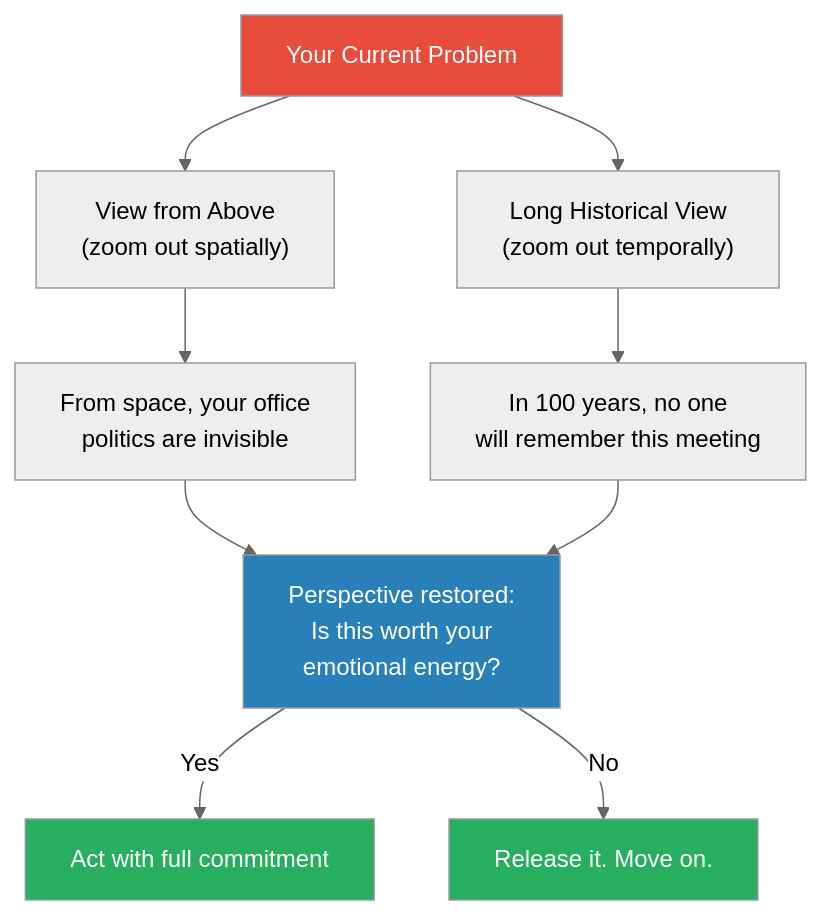
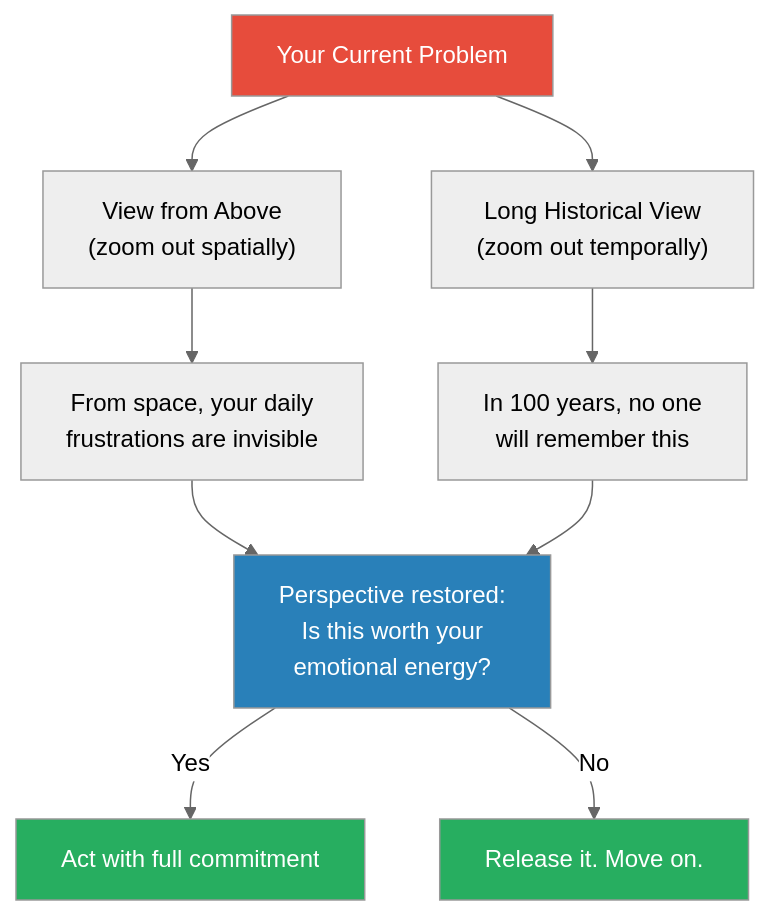
One commit to alius33/reader changed the fourth of 8 diagrams in summaries/Mindset & Self-Mastery/Meditations - Marcus Aurelius.md. Above: the diagram before and after it, drawn with Mermaid (neutral theme). The commit also changed other lines of this file and 272 other files, not shown here.

````diff
--- a/summaries/Mindset & Self-Mastery/Meditations - Marcus Aurelius.md
+++ b/summaries/Mindset & Self-Mastery/Meditations - Marcus Aurelius.md
@@ -190,15 +425,15 @@
 ```mermaid
 flowchart TD
-    A["Your Current Problem"] --> B["View from Above\n(zoom out spatially)"]
-    A --> C["Long Historical View\n(zoom out temporally)"]
-    B --> D["From space, your office\npolitics are invisible"]
-    C --> E["In 100 years, no one\nwill remember this meeting"]
-    D --> F["Perspective restored:\nIs this worth your\nemotional energy?"]
+    A["Your Current Problem"] --> B["View from Above<br>(zoom out spatially)"]
+    A --> C["Long Historical View<br>(zoom out temporally)"]
+    B --> D["From space, your daily<br>frustrations are invisible"]
+    C --> E["In 100 years, no one<br>will remember this"]
+    D --> F["Perspective restored:<br>Is this worth your<br>emotional energy?"]
     E --> F
     F -->|Yes| G["Act with full commitment"]
     F -->|No| H["Release it. Move on."]
     style A fill:#e74c3c,color:#fff
     style F fill:#2980b9,color:#fff
     style G fill:#27ae60,color:#fff
     style H fill:#27ae60,color:#fff
 ```
````
